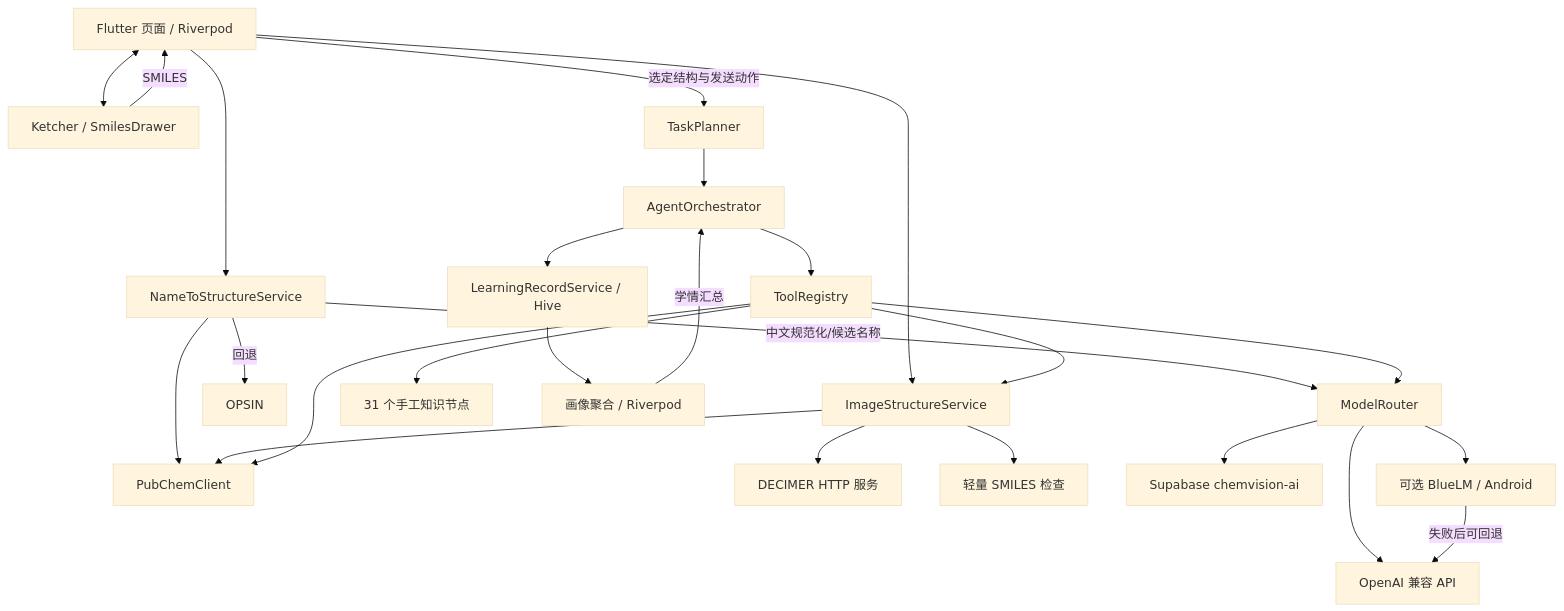
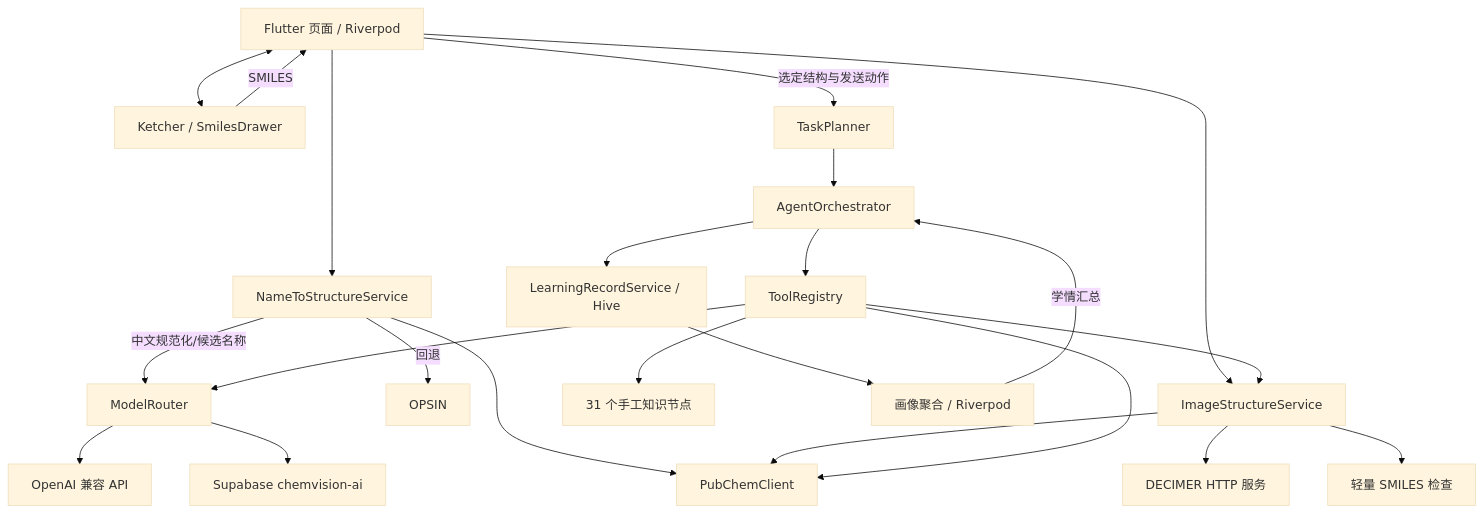
The diagram in docs/competitions/openatom-2026/04-architecture.md (panda-lsy/ChemVision), drawn with Mermaid (base theme) before and after one commit. The commit also changed other lines of this file and 33 other files, not shown here.

````diff
--- a/docs/competitions/openatom-2026/04-architecture.md
+++ b/docs/competitions/openatom-2026/04-architecture.md
@@ -5,27 +5,25 @@
 ```mermaid
 flowchart TD
   UI[Flutter 页面 / Riverpod] --> NS[NameToStructureService]
   NS -->|中文规范化/候选名称| MR[ModelRouter]
   NS --> PC[PubChemClient]
   NS -->|回退| OP[OPSIN]
   UI --> IS[ImageStructureService]
   IS --> DE[DECIMER HTTP 服务]
   IS --> SV[轻量 SMILES 检查]
   IS --> PC
   UI <--> ED[Ketcher / SmilesDrawer]
   ED -->|SMILES| UI
   UI -->|选定结构与发送动作| TP[TaskPlanner]
   TP --> AO[AgentOrchestrator]
   AO --> TR[ToolRegistry]
   TR --> PC
   TR --> IS
   TR --> KB[31 个手工知识节点]
   TR --> MR
   AO --> LR[LearningRecordService / Hive]
   LR --> LP[画像聚合 / Riverpod]
   LP -->|学情汇总| AO
   MR --> API[OpenAI 兼容 API]
   MR --> SB[Supabase chemvision-ai]
-  MR --> BL[可选 BlueLM / Android]
-  BL -->|失败后可回退| API
 ```
````
